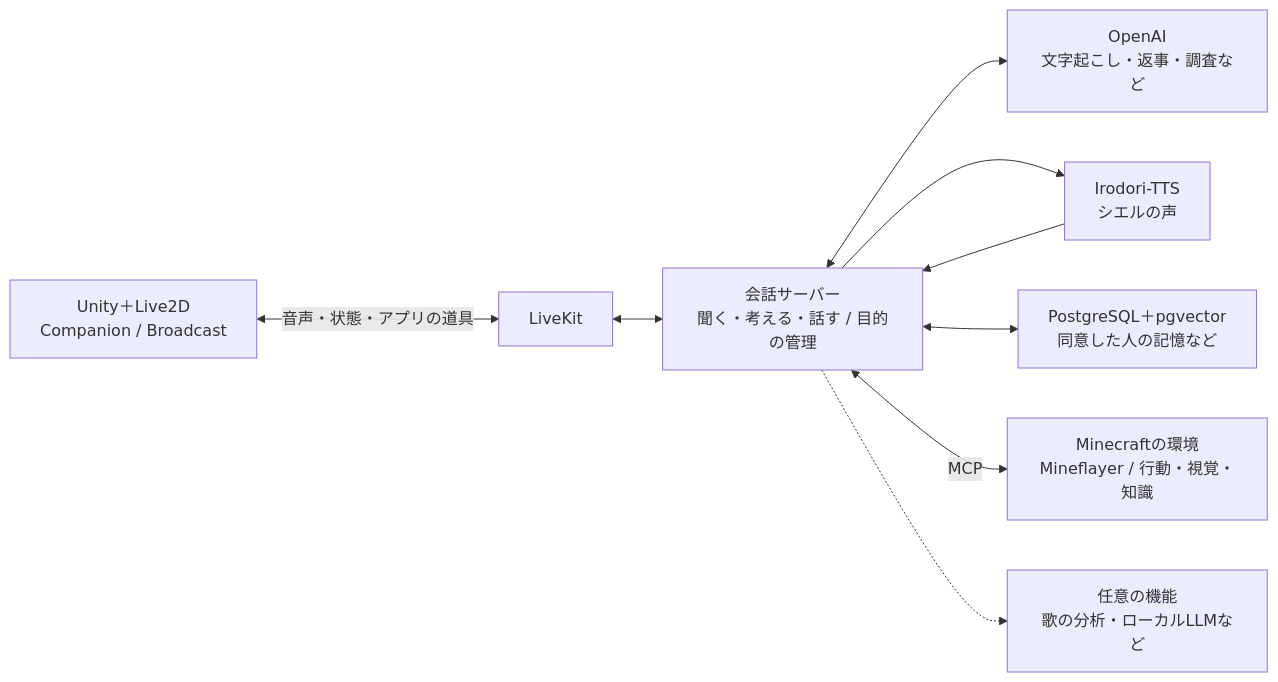
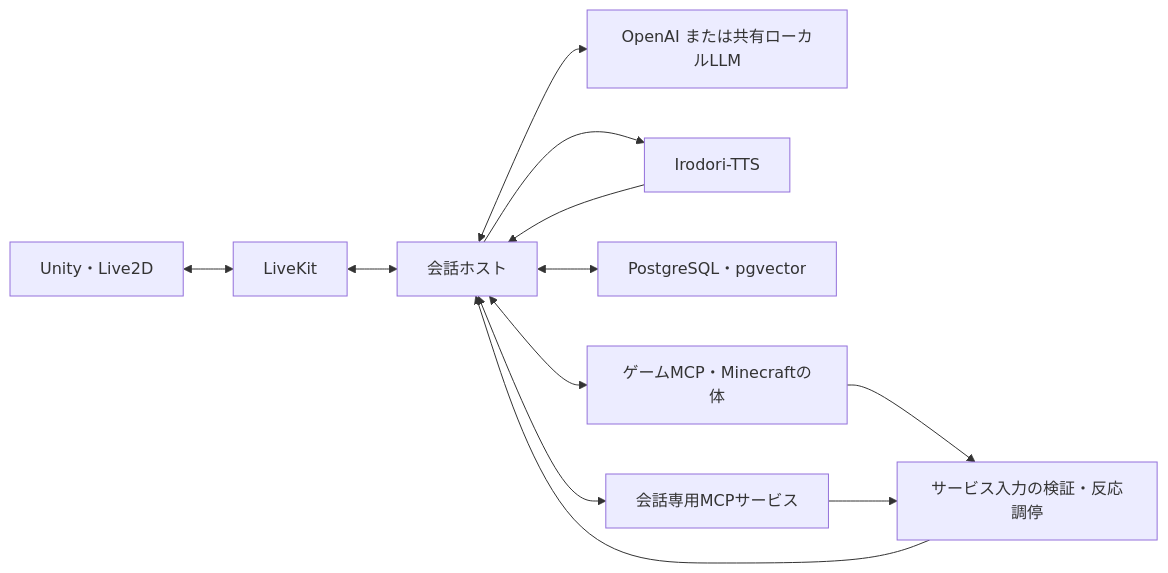
Before and after one commit to magic-sword/ciel-companion: the diagram in docs/architecture-ja.md, drawn with Mermaid. The commit also changed other lines of this file and 128 other files, not shown here.

````diff
--- a/docs/architecture-ja.md
+++ b/docs/architecture-ja.md
@@ -13,11 +9,14 @@
 ```mermaid
 flowchart LR
-    U["Unity＋Live2D<br>Companion / Broadcast"] <-->|"音声・状態・アプリの道具"| L["LiveKit"]
-    L <--> A["会話サーバー<br>聞く・考える・話す / 目的の管理"]
-    A <--> O["OpenAI<br>文字起こし・返事・調査など"]
-    A --> T["Irodori-TTS<br>シエルの声"]
-    T --> A
-    A <--> D["PostgreSQL＋pgvector<br>同意した人の記憶など"]
-    A <-->|"MCP"| G["Minecraftの環境<br>Mineflayer / 行動・視覚・知識"]
-    A -.-> S["任意の機能<br>歌の分析・ローカルLLMなど"]
+  U[Unity・Live2D] <--> K[LiveKit]
+  K <--> A[会話ホスト]
+  A <--> L[OpenAI または共有ローカルLLM]
+  A --> T[Irodori-TTS]
+  T --> A
+  A <--> D[PostgreSQL・pgvector]
+  A <--> M[会話専用MCPサービス]
+  A <--> G[ゲームMCP・Minecraftの体]
+  G --> E[サービス入力の検証・反応調停]
+  M --> E
+  E --> A
 ```
````
